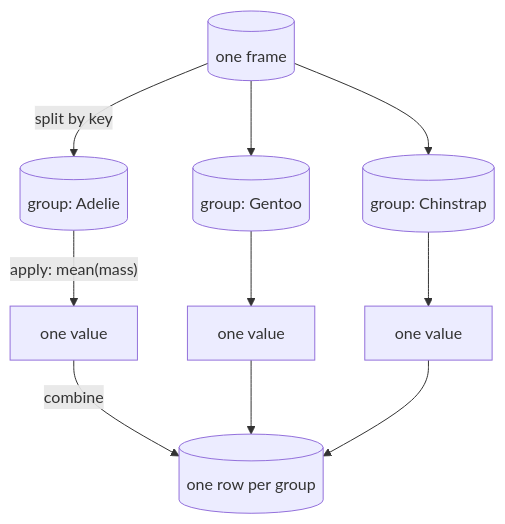
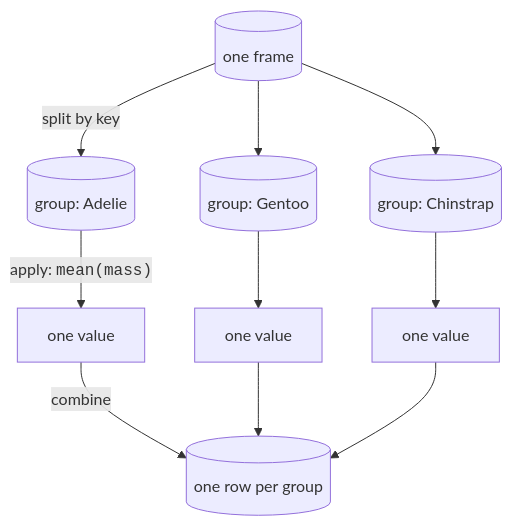
The diagram in content/courses/data-wrangling-python-polars/group-by-and-agg.mdx (dataslope/dataslope), drawn with Mermaid before and after one commit. The commit also changed 65 other files, not shown here.

First line of the commit message:
Set code in every mermaid label in the mono face

````diff
--- a/content/courses/data-wrangling-python-polars/group-by-and-agg.mdx
+++ b/content/courses/data-wrangling-python-polars/group-by-and-agg.mdx
@@ -15,12 +15,12 @@
 ```mermaid
 flowchart TD
     A[("one frame")] -->|split by key| B[("group: Adelie")]
     A --> C[("group: Gentoo")]
     A --> D[("group: Chinstrap")]
-    B -->|"apply: mean(mass)"| B2["one value"]
+    B -->|"apply: <code>mean(mass)</code>"| B2["one value"]
     C --> C2["one value"]
     D --> D2["one value"]
     B2 -->|combine| R[("one row per group")]
     C2 --> R
     D2 --> R
 ```
````
